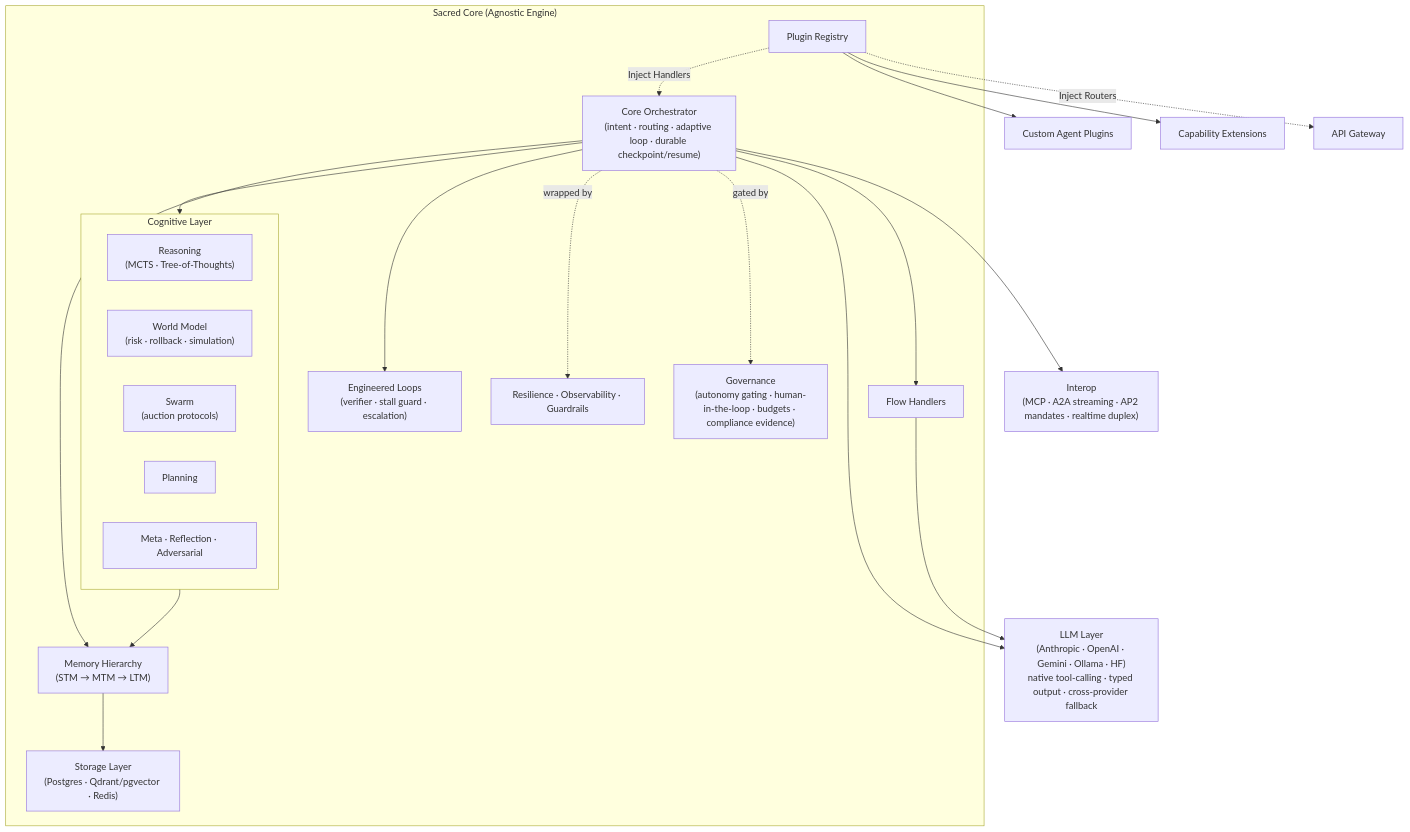
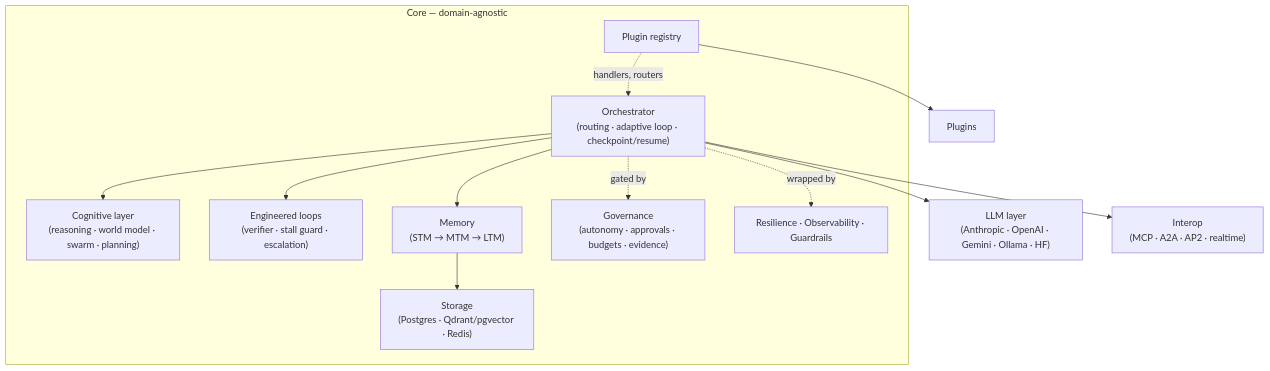
One commit to baselithcore/baselithcore changed the diagram in README.md. Above: the diagram before and after it, drawn with Mermaid. The commit also changed other lines of this file, not shown here.

First line of the commit message:
docs(readme): a shorter README that covers updates and rollback

````diff
--- a/README.md
+++ b/README.md
@@ -191,41 +133,21 @@
 ```mermaid
 graph TD
-    subgraph SC["Sacred Core (Agnostic Engine)"]
-        A["Core Orchestrator<br/>(intent · routing · adaptive loop · durable checkpoint/resume)"]
-        F["Flow Handlers"]
-
-        subgraph COG["Cognitive Layer"]
-            RE["Reasoning<br/>(MCTS · Tree-of-Thoughts)"]
-            WM["World Model<br/>(risk · rollback · simulation)"]
-            SW["Swarm<br/>(auction protocols)"]
-            PL["Planning"]
-            MT["Meta · Reflection · Adversarial"]
-        end
-
-        LP["Engineered Loops<br/>(verifier · stall guard · escalation)"]
-        M["Memory Hierarchy<br/>(STM → MTM → LTM)"]
-        S["Storage Layer<br/>(Postgres · Qdrant/pgvector · Redis)"]
-        R["Plugin Registry"]
+    subgraph SC["Core — domain-agnostic"]
+        A["Orchestrator<br/>(routing · adaptive loop · checkpoint/resume)"]
+        COG["Cognitive layer<br/>(reasoning · world model · swarm · planning)"]
+        LP["Engineered loops<br/>(verifier · stall guard · escalation)"]
+        M["Memory<br/>(STM → MTM → LTM)"]
+        S["Storage<br/>(Postgres · Qdrant/pgvector · Redis)"]
+        R["Plugin registry"]
+        GOV["Governance<br/>(autonomy · approvals · budgets · evidence)"]
         RES["Resilience · Observability · Guardrails"]
-        GOV["Governance<br/>(autonomy gating · human-in-the-loop · budgets · compliance evidence)"]
     end
-
-    A --> COG
-    A --> F
-    A --> LP
-    A --> M
+    A --> COG & LP & M
     M --> S
-    COG --> M
-
-    R --> C["Custom Agent Plugins"]
-    R --> D["Capability Extensions"]
-    R -.->|Inject Handlers| A
-    R -.->|Inject Routers| G["API Gateway"]
-
-    A --> H["LLM Layer<br/>(Anthropic · OpenAI · Gemini · Ollama · HF)<br/>native tool-calling · typed output · cross-provider fallback"]
-    F --> H
-
-    A --> I["Interop<br/>(MCP · A2A streaming · AP2 mandates · realtime duplex)"]
+    R -.->|handlers, routers| A
+    R --> P["Plugins"]
+    A --> H["LLM layer<br/>(Anthropic · OpenAI · Gemini · Ollama · HF)"]
+    A --> I["Interop<br/>(MCP · A2A · AP2 · realtime)"]
+    A -.->|gated by| GOV
     A -.->|wrapped by| RES
-    A -.->|gated by| GOV
 ```
````
